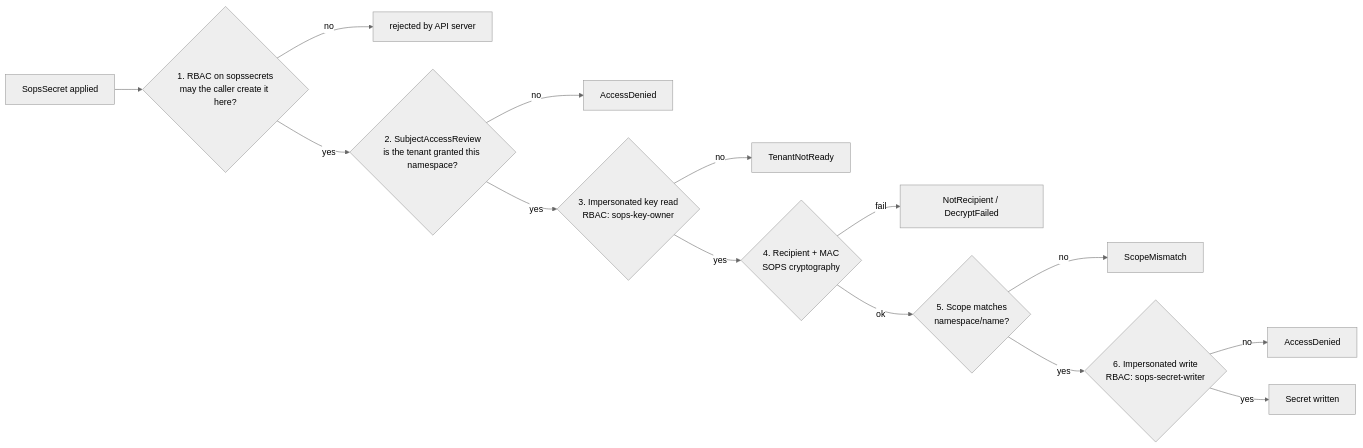
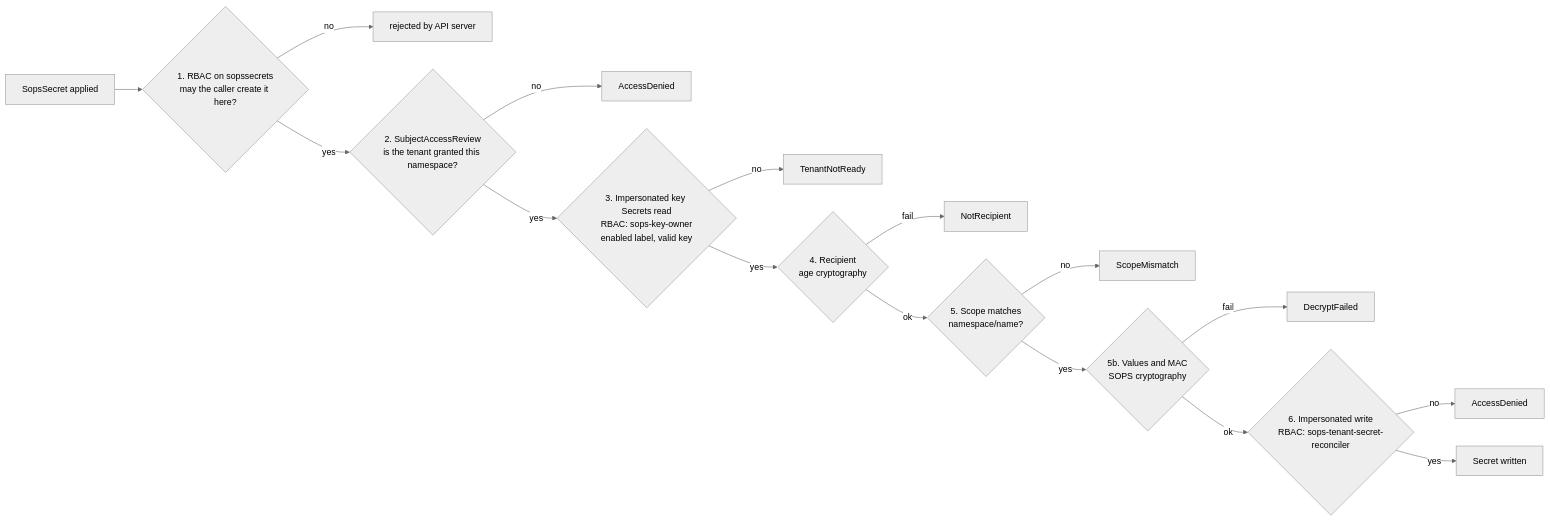
Before and after one commit to stakater/sops-operator: the third of 3 diagrams in DESIGN.md, drawn with Mermaid (neutral theme). The commit also changed other lines of this file and 75 other files, not shown here.

````diff
--- a/DESIGN.md
+++ b/DESIGN.md
@@ -497,16 +613,18 @@
 ```mermaid
 flowchart LR
     A["SopsSecret applied"] --> B{"1. RBAC on sopssecrets<br/>may the caller create it here?"}
     B -->|no| X1["rejected by API server"]
     B -->|yes| C{"2. SubjectAccessReview<br/>is the tenant granted this namespace?"}
     C -->|no| X2["AccessDenied"]
-    C -->|yes| D{"3. Impersonated key read<br/>RBAC: sops-key-owner"}
+    C -->|yes| D{"3. Impersonated key Secrets read<br/>RBAC: sops-key-owner<br/>enabled label, valid key"}
     D -->|no| X3["TenantNotReady"]
-    D -->|yes| E{"4. Recipient + MAC<br/>SOPS cryptography"}
-    E -->|fail| X4["NotRecipient / DecryptFailed"]
+    D -->|yes| E{"4. Recipient<br/>age cryptography"}
+    E -->|fail| X4["NotRecipient"]
     E -->|ok| F{"5. Scope matches<br/>namespace/name?"}
     F -->|no| X5["ScopeMismatch"]
-    F -->|yes| G{"6. Impersonated write<br/>RBAC: sops-secret-writer"}
+    F -->|yes| M{"5b. Values and MAC<br/>SOPS cryptography"}
+    M -->|fail| X7["DecryptFailed"]
+    M -->|ok| G{"6. Impersonated write<br/>RBAC: sops-tenant-secret-reconciler"}
     G -->|no| X6["AccessDenied"]
     G -->|yes| H["Secret written"]
 ```
````
